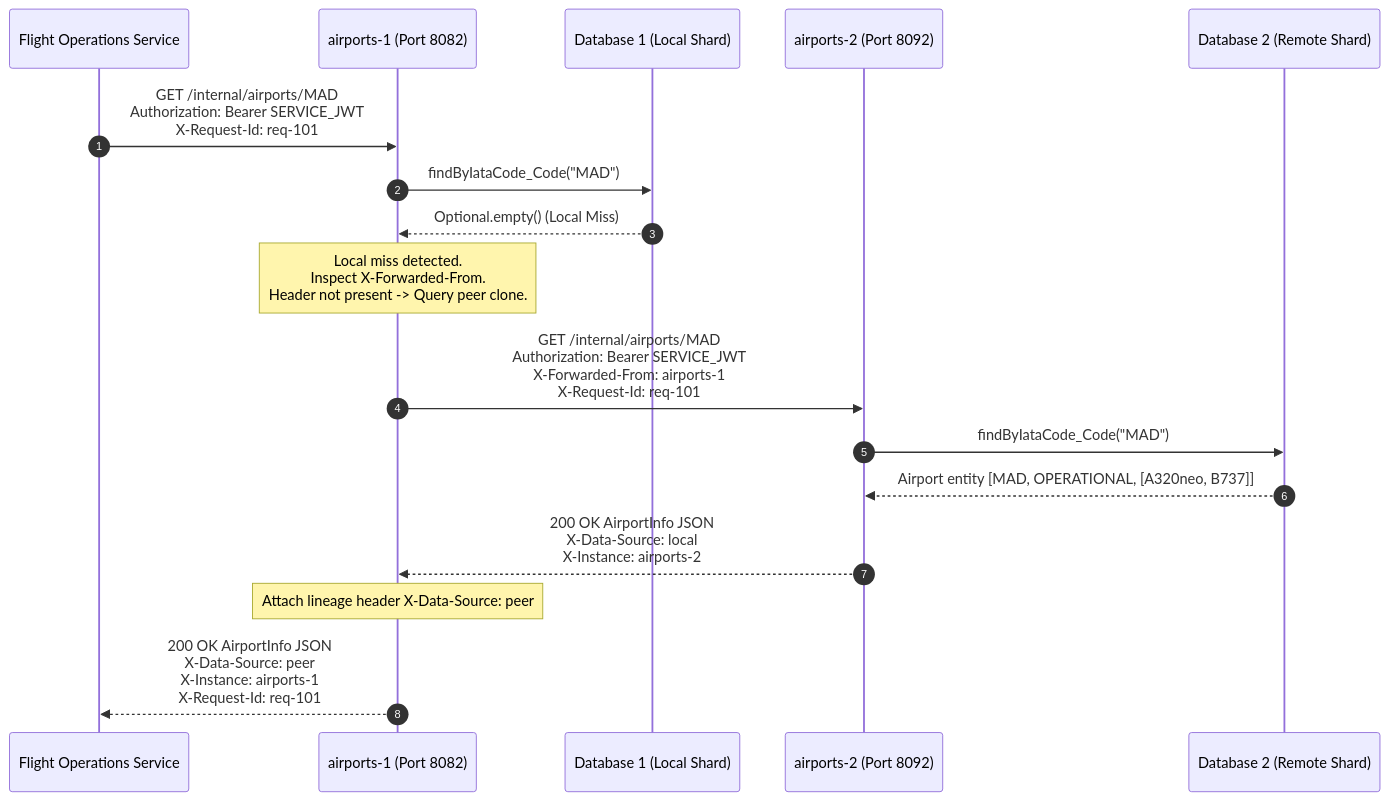
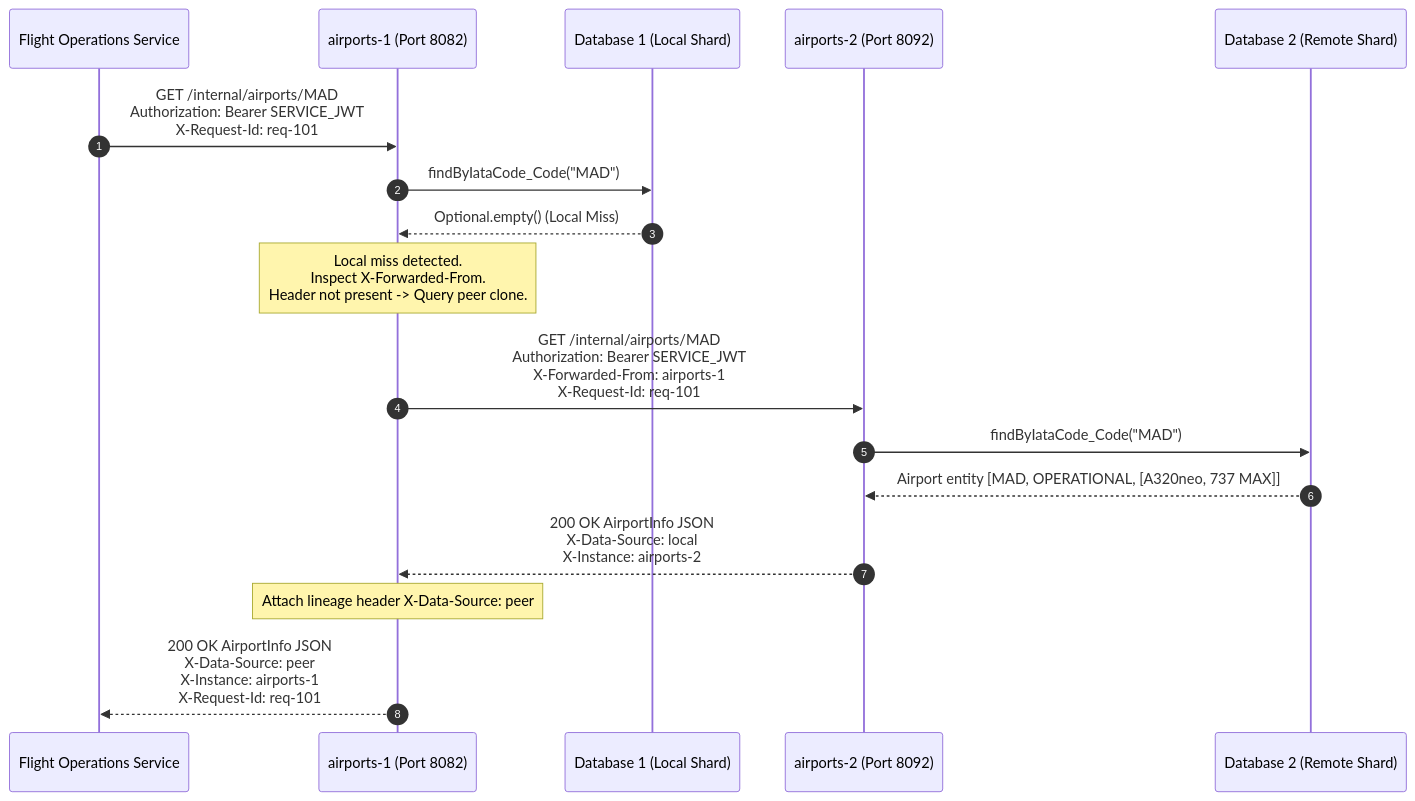
The third of 6 diagrams in docs/architecture.md (ImJay1527/airports-routes-service), drawn with Mermaid before and after one commit. The commit also changed other lines of this file and 2 other files, not shown here.

Commit message:
docs: formalize architecture into complete C4+1 model with Logical, Process, Deployment, and Implementation views

````diff
--- a/docs/architecture.md
+++ b/docs/architecture.md
@@ -166,24 +185,24 @@
 ```mermaid
 %% Sequence Diagram: P2P Forwarding
 sequenceDiagram
     autonumber
     participant FO as Flight Operations Service
     participant A1 as airports-1 (Port 8082)
     participant DB1 as Database 1 (Local Shard)
     participant A2 as airports-2 (Port 8092)
     participant DB2 as Database 2 (Remote Shard)
 
     FO->>A1: GET /internal/airports/MAD<br/>Authorization: Bearer SERVICE_JWT<br/>X-Request-Id: req-101
     A1->>DB1: findByIataCode_Code("MAD")
     DB1-->>A1: Optional.empty() (Local Miss)
 
     Note over A1: Local miss detected.<br/>Inspect X-Forwarded-From.<br/>Header not present -> Query peer clone.
 
     A1->>A2: GET /internal/airports/MAD<br/>Authorization: Bearer SERVICE_JWT<br/>X-Forwarded-From: airports-1<br/>X-Request-Id: req-101
     A2->>DB2: findByIataCode_Code("MAD")
-    DB2-->>A2: Airport entity [MAD, OPERATIONAL, [A320neo, B737]]
+    DB2-->>A2: Airport entity [MAD, OPERATIONAL, [A320neo, 737 MAX]]
     A2-->>A1: 200 OK AirportInfo JSON<br/>X-Data-Source: local<br/>X-Instance: airports-2
     
     Note over A1: Attach lineage header X-Data-Source: peer
     A1-->>FO: 200 OK AirportInfo JSON<br/>X-Data-Source: peer<br/>X-Instance: airports-1<br/>X-Request-Id: req-101
 ```
````
